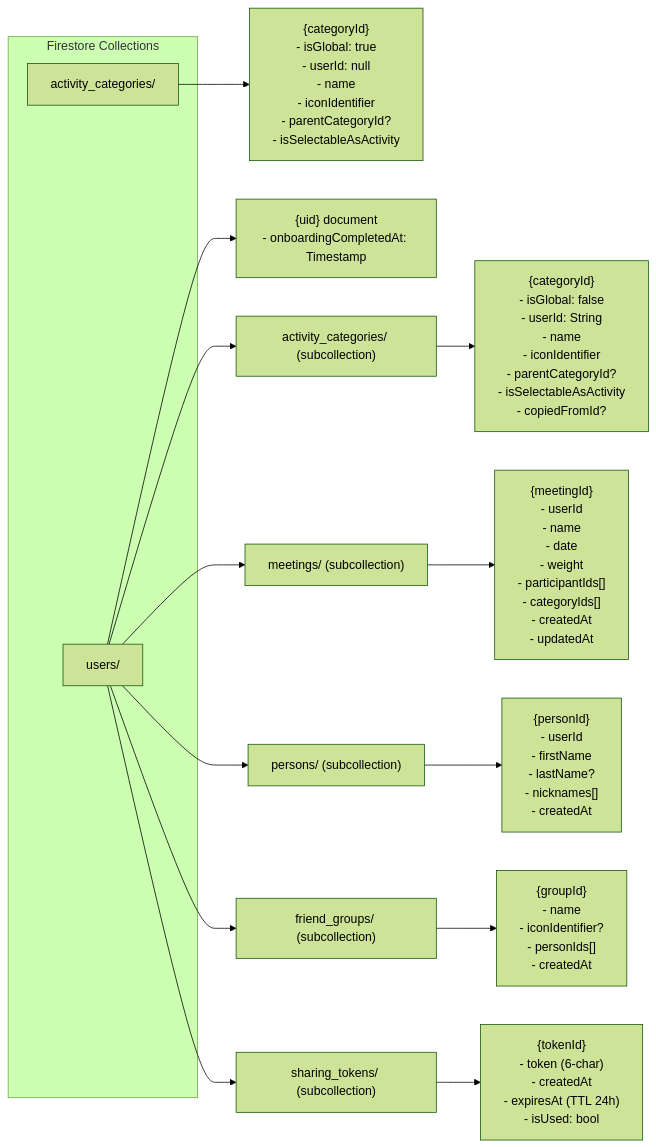
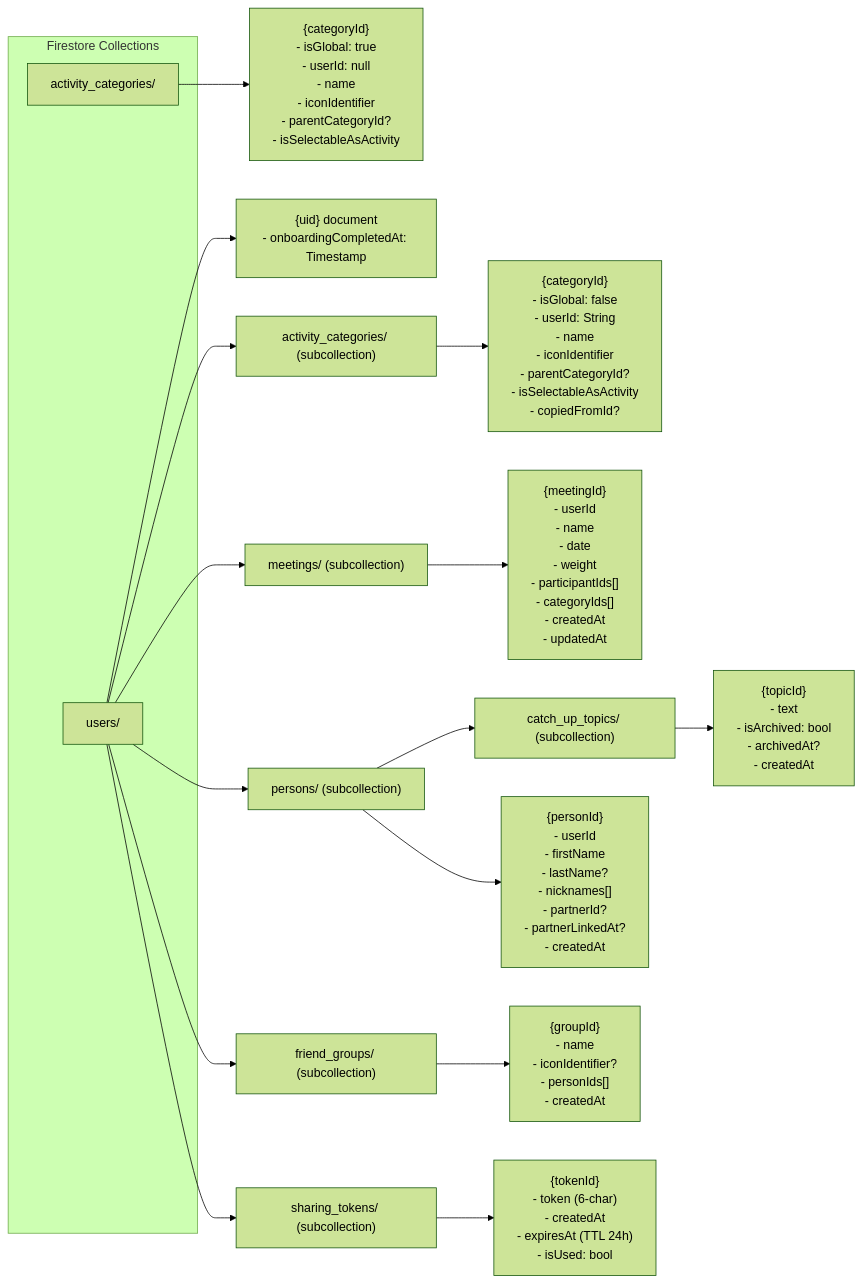
The fourth of 5 diagrams in docs/architecture.md (aleksanderginalski/Friendsheet-App), drawn with Mermaid (forest theme) before and after one commit. The commit also changed other lines of this file and 3 other files, not shown here.

Commit message:
docs: discovery session — EPIC-010 Catch-up Topics, Couple Link & Friends-Quest (US-120–127)

````diff
--- a/docs/architecture.md
+++ b/docs/architecture.md
@@ -662,26 +738,29 @@
 ```mermaid
 graph LR
     subgraph "Firestore Collections"
         A[activity_categories/]
         U[users/]
     end
 
     A --> A1["{categoryId}<br/>- isGlobal: true<br/>- userId: null<br/>- name<br/>- iconIdentifier<br/>- parentCategoryId?<br/>- isSelectableAsActivity"]
 
     U --> UD["{uid} document<br/>- onboardingCompletedAt: Timestamp"]
     U --> UAC["activity_categories/ (subcollection)"]
     U --> UM["meetings/ (subcollection)"]
     U --> UP["persons/ (subcollection)"]
     U --> UFG["friend_groups/ (subcollection)"]
     U --> UST["sharing_tokens/ (subcollection)"]
+    UP --> UCT["catch_up_topics/ (subcollection)"]
 
     UAC --> UAC1["{categoryId}<br/>- isGlobal: false<br/>- userId: String<br/>- name<br/>- iconIdentifier<br/>- parentCategoryId?<br/>- isSelectableAsActivity<br/>- copiedFromId?"]
 
     UM --> UM1["{meetingId}<br/>- userId<br/>- name<br/>- date<br/>- weight<br/>- participantIds[]<br/>- categoryIds[]<br/>- createdAt<br/>- updatedAt"]
 
-    UP --> UP1["{personId}<br/>- userId<br/>- firstName<br/>- lastName?<br/>- nicknames[]<br/>- createdAt"]
+    UP --> UP1["{personId}<br/>- userId<br/>- firstName<br/>- lastName?<br/>- nicknames[]<br/>- partnerId?<br/>- partnerLinkedAt?<br/>- createdAt"]
+
+    UCT --> UCT1["{topicId}<br/>- text<br/>- isArchived: bool<br/>- archivedAt?<br/>- createdAt"]
 
     UFG --> UFG1["{groupId}<br/>- name<br/>- iconIdentifier?<br/>- personIds[]<br/>- createdAt"]
 
     UST --> UST1["{tokenId}<br/>- token (6-char)<br/>- createdAt<br/>- expiresAt (TTL 24h)<br/>- isUsed: bool"]
 ```
````
